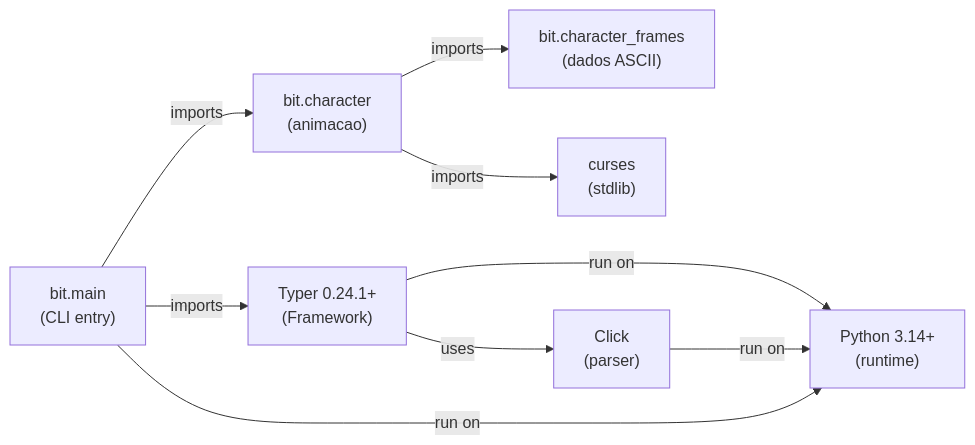
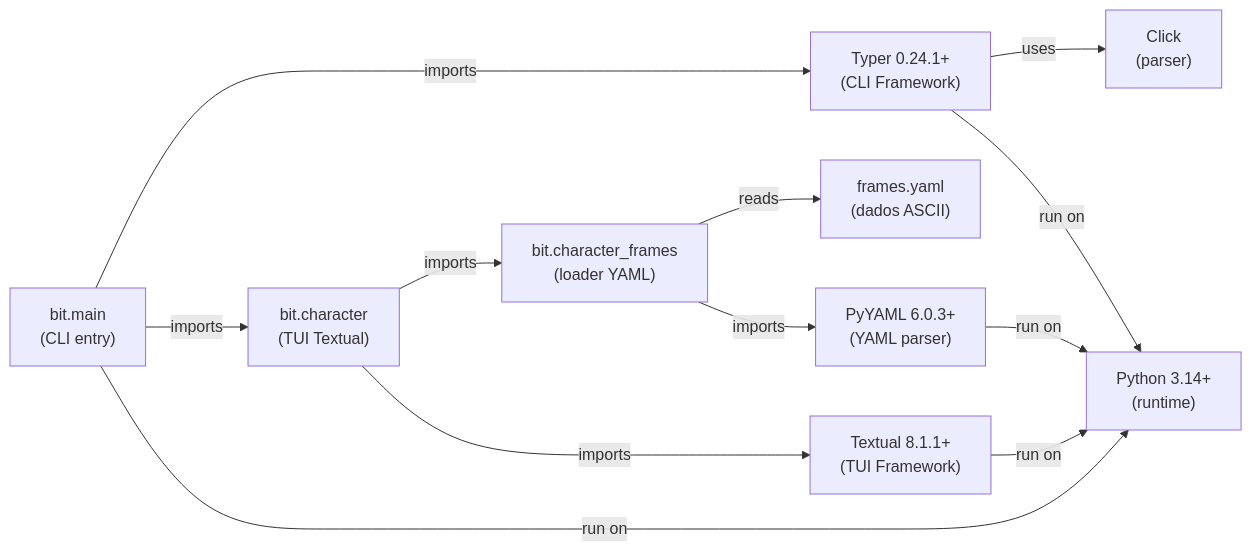
The fifth of 5 diagrams in C4_ARCHITECTURE.md (mathbalon/bit), drawn with Mermaid before and after one commit. The commit also changed other lines of this file and 1 other file, not shown here.

First line of the commit message:
docs: update documentation for Textual TUI migration

````diff
--- a/C4_ARCHITECTURE.md
+++ b/C4_ARCHITECTURE.md
@@ -172,17 +184,21 @@
 ```mermaid
 graph LR
     Main["bit.main<br/>(CLI entry)"]
-    Character["bit.character<br/>(animacao)"]
-    Frames["bit.character_frames<br/>(dados ASCII)"]
-    Typer["Typer 0.24.1+<br/>(Framework)"]
-    Curses["curses<br/>(stdlib)"]
+    Character["bit.character<br/>(TUI Textual)"]
+    Frames["bit.character_frames<br/>(loader YAML)"]
+    FramesFile["frames.yaml<br/>(dados ASCII)"]
+    Typer["Typer 0.24.1+<br/>(CLI Framework)"]
+    Textual["Textual 8.1.1+<br/>(TUI Framework)"]
+    PyYAML["PyYAML 6.0.3+<br/>(YAML parser)"]
     Click["Click<br/>(parser)"]
     Python["Python 3.14+<br/>(runtime)"]
 
     Main -->|imports| Typer
     Main -->|imports| Character
     Character -->|imports| Frames
-    Character -->|imports| Curses
+    Character -->|imports| Textual
+    Frames -->|reads| FramesFile
+    Frames -->|imports| PyYAML
     Typer -->|uses| Click
-    Typer & Click & Main -->|run on| Python
+    Typer & Textual & PyYAML & Main -->|run on| Python
 ```
````
